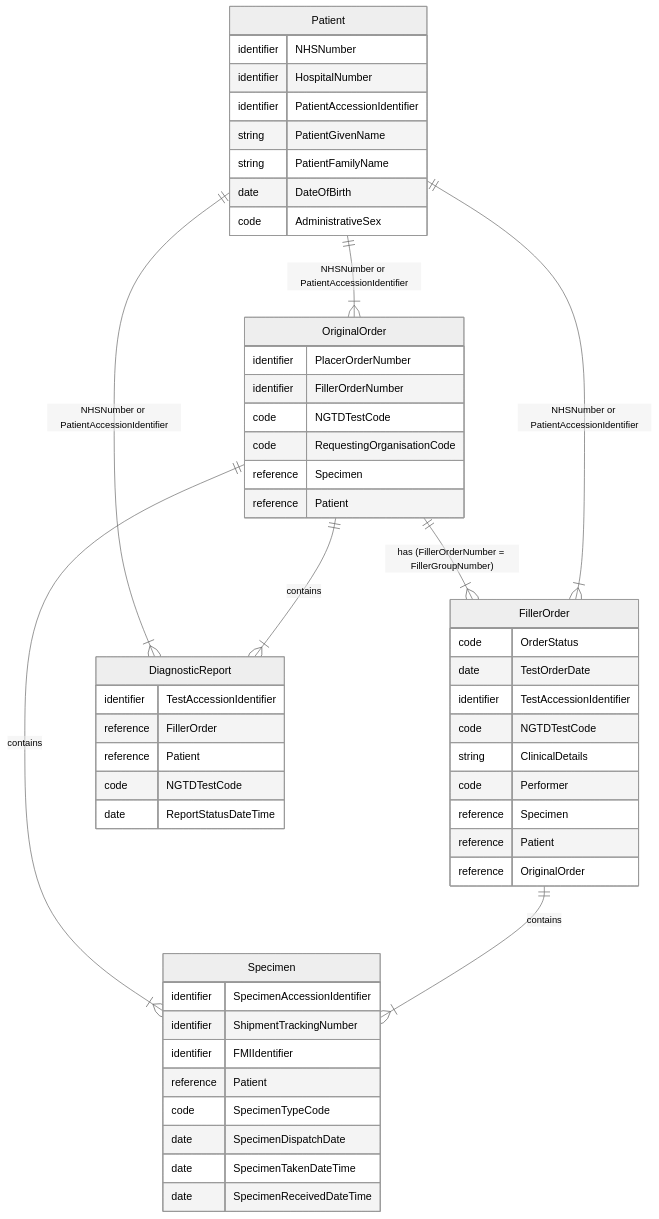
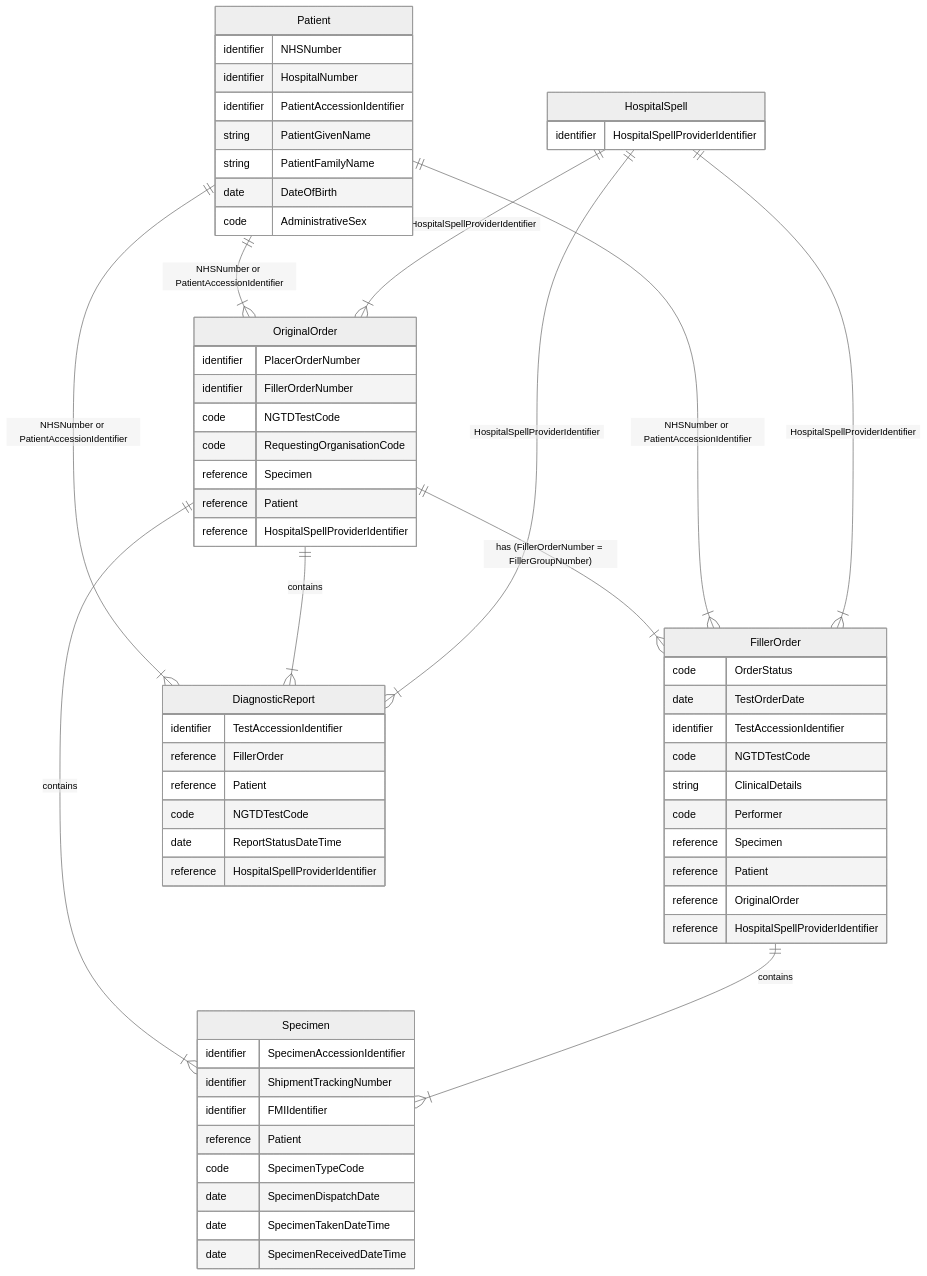
The diagram in input/pagecontent/filler-order.md (nw-gmsa/nw-gmsa.github.com), drawn with Mermaid (neutral theme) before and after one commit. The commit also changed other lines of this file, not shown here.

````diff
--- a/input/pagecontent/filler-order.md
+++ b/input/pagecontent/filler-order.md
@@ -3,61 +3,70 @@
 ```mermaid
 erDiagram
 
   OriginalOrder ||--|{ FillerOrder : "has (FillerOrderNumber = FillerGroupNumber)"
   OriginalOrder ||--|{ Specimen : contains
   FillerOrder ||--|{ Specimen : contains
   Patient ||--|{ OriginalOrder : "NHSNumber or PatientAccessionIdentifier"
   Patient ||--|{ FillerOrder : "NHSNumber or PatientAccessionIdentifier" 
   Patient ||--|{ DiagnosticReport : "NHSNumber or PatientAccessionIdentifier" 
   OriginalOrder ||--|{ DiagnosticReport : contains
+  HospitalSpell ||--|{ OriginalOrder : "HospitalSpellProviderIdentifier"
+  HospitalSpell ||--|{ FillerOrder : "HospitalSpellProviderIdentifier" 
+  HospitalSpell ||--|{ DiagnosticReport : "HospitalSpellProviderIdentifier" 
 
   OriginalOrder {
     identifier PlacerOrderNumber
     identifier FillerOrderNumber
     code NGTDTestCode
     code RequestingOrganisationCode
     reference Specimen
     reference Patient
+     reference HospitalSpellProviderIdentifier
   }
 
   FillerOrder {
     code OrderStatus
     date TestOrderDate
     identifier TestAccessionIdentifier
     code NGTDTestCode
     string ClinicalDetails
     code Performer
     reference Specimen
     reference Patient
     reference OriginalOrder
+     reference HospitalSpellProviderIdentifier
   }
 
   Patient {
     identifier NHSNumber
     identifier HospitalNumber
     identifier PatientAccessionIdentifier
     string PatientGivenName
     string PatientFamilyName
     date DateOfBirth
     code AdministrativeSex
   }
 
   Specimen {
     identifier SpecimenAccessionIdentifier
     identifier ShipmentTrackingNumber
     identifier FMIIdentifier
     reference Patient
     code SpecimenTypeCode
     date SpecimenDispatchDate
     date SpecimenTakenDateTime
     date SpecimenReceivedDateTime
   }
 
   DiagnosticReport {
     identifier TestAccessionIdentifier
     reference FillerOrder
     reference Patient
     code NGTDTestCode
     date ReportStatusDateTime
+    reference HospitalSpellProviderIdentifier
+  }
+  HospitalSpell {
+    identifier HospitalSpellProviderIdentifier
   }
 ```
````
